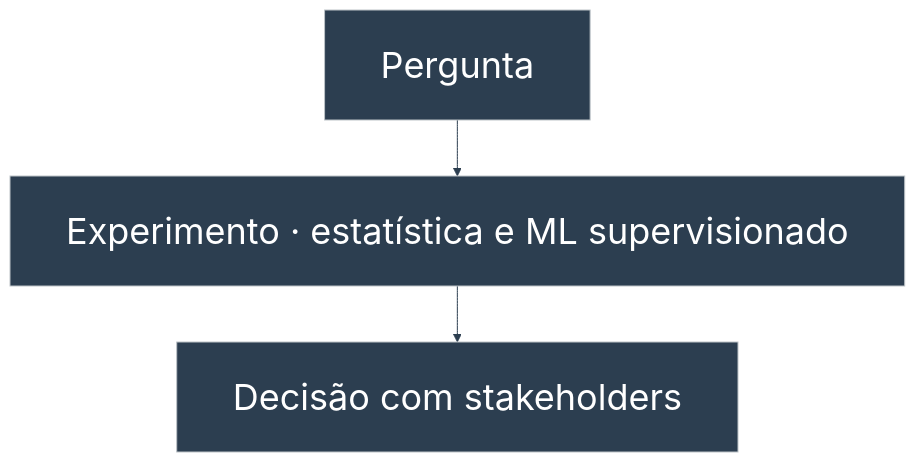
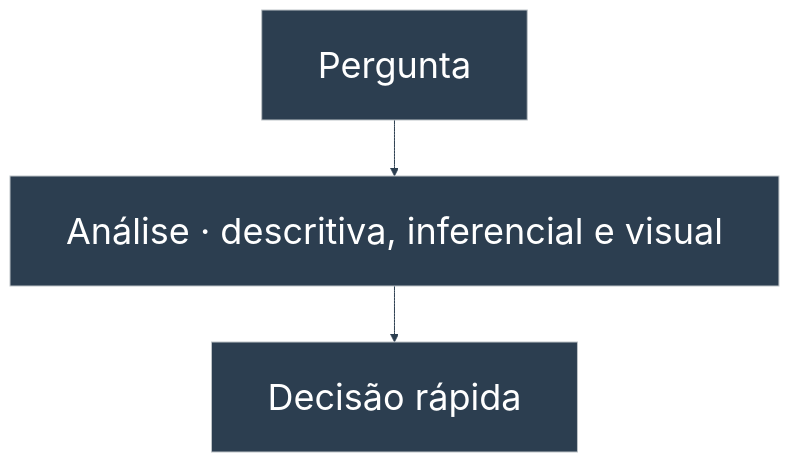
Diagram 12 of 15 in portfolio/mermaid/diagrams.md (duducm2/my-personal-repo), drawn with Mermaid before and after one commit. The commit also changed other lines of this file and 40 other files, not shown here.

````diff
--- a/portfolio/mermaid/diagrams.md
+++ b/portfolio/mermaid/diagrams.md
@@ -232,8 +232,8 @@
 ```mermaid
 %%{init: {'theme': 'base', 'themeVariables': { 'primaryColor': '#2c3e50', 'primaryTextColor': '#fff', 'primaryBorderColor': '#bdc3c7', 'lineColor': '#2c3e50', 'fontFamily': 'Lato', 'fontSize': '36px'}, 'flowchart': {'padding': 28, 'rankSpacing': 56, 'wrappingWidth': 900}}}%%
 flowchart TB
   Q["Pergunta"]
-  E["Experimento · estatística e ML supervisionado"]
-  D["Decisão com stakeholders"]
+  E["Análise · descritiva, inferencial e visual"]
+  D["Decisão rápida"]
   Q --> E --> D
 ```
````
